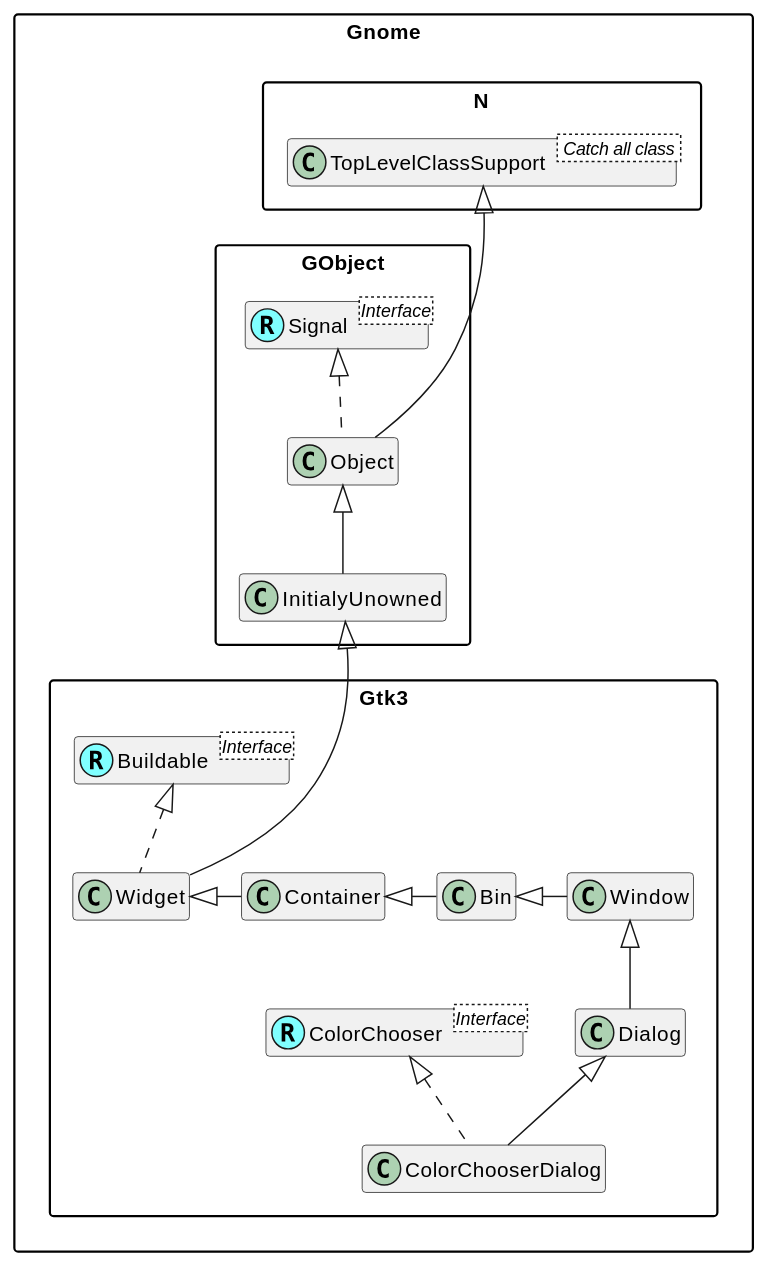
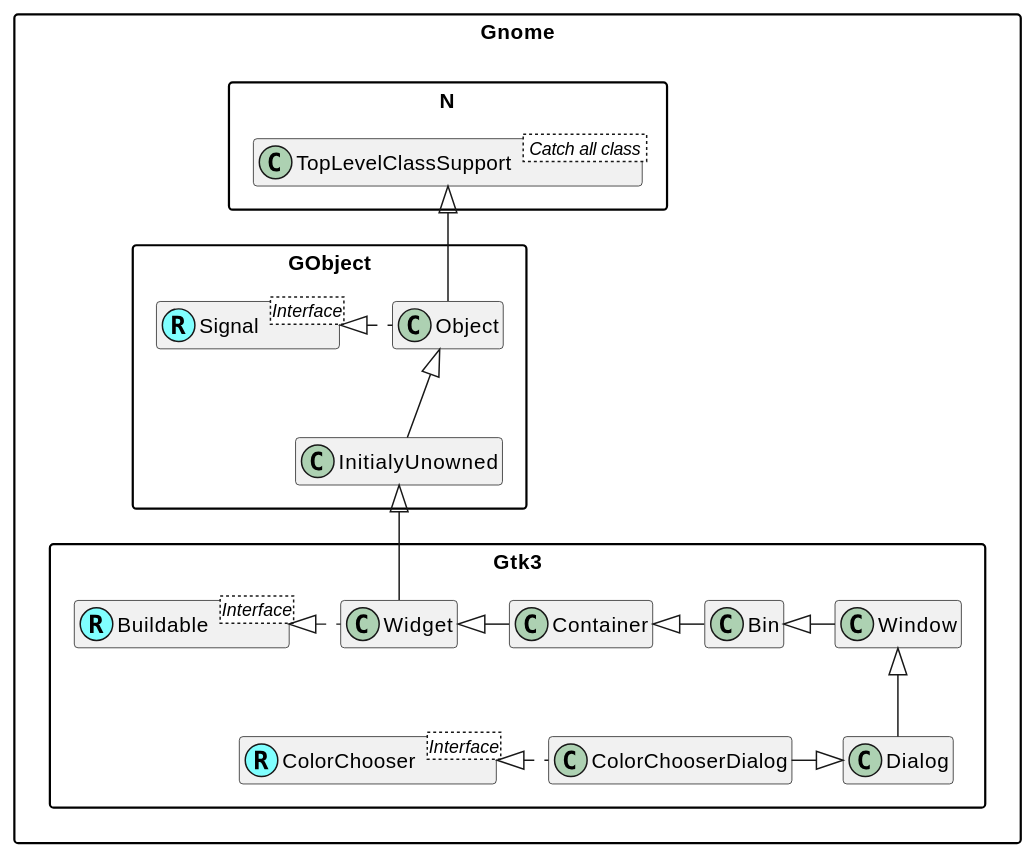
One commit to MARTIMM/gnome-gtk3 changed the diagram in doc/plantuml/ColorChooserDialog.md. Above: the diagram before and after it, drawn with PlantUML. The commit also changed 6 other files, not shown here.

````diff
--- a/doc/plantuml/ColorChooserDialog.md
+++ b/doc/plantuml/ColorChooserDialog.md
@@ -1,54 +1,54 @@
 ```plantuml
 @startuml
 'scale 0.9
 skinparam packageStyle rectangle
 skinparam stereotypeCBackgroundColor #80ffff
 set namespaceSeparator ::
 hide members
 
 'Class and interface decorations
 class Gnome::N::TopLevelClassSupport < Catch all class >
 
 Interface Gnome::GObject::Signal <Interface>
 class Gnome::GObject::Signal <<(R,#80ffff)>>
 
 Interface Gnome::Gtk3::Buildable <Interface>
 class Gnome::Gtk3::Buildable <<(R,#80ffff)>>
 
 Interface Gnome::Gtk3::ColorChooser <Interface>
 class Gnome::Gtk3::ColorChooser <<(R,#80ffff)>>
 'Interface Gnome::Gtk3::AppChooser <Interface>
 
 
 
 'Class connections
-Gnome::N::TopLevelClassSupport <|--- Gnome::GObject::Object
+Gnome::N::TopLevelClassSupport <|-- Gnome::GObject::Object
 Gnome::GObject::Object <|-- Gnome::GObject::InitialyUnowned
 'Gnome::GObject::Object *-> Gnome::GObject::Signal
-Gnome::GObject::Signal <|.. Gnome::GObject::Object
+Gnome::GObject::Signal <|. Gnome::GObject::Object
 
-Gnome::GObject::InitialyUnowned <|--- Gnome::Gtk3::Widget
+Gnome::GObject::InitialyUnowned <|-- Gnome::Gtk3::Widget
 
 Gnome::Gtk3::Widget <|- Gnome::Gtk3::Container
+Gnome::Gtk3::Buildable <|. Gnome::Gtk3::Widget
+
 Gnome::Gtk3::Container <|- Gnome::Gtk3::Bin
 Gnome::Gtk3::Bin <|- Gnome::Gtk3::Window
 Gnome::Gtk3::Window <|-- Gnome::Gtk3::Dialog
 
 'Gnome::Gtk3::Dialog <|-- Gnome::Gtk3::AboutDialog
-Gnome::Gtk3::Dialog <|-- Gnome::Gtk3::ColorChooserDialog
+
+Gnome::Gtk3::ColorChooserDialog -|> Gnome::Gtk3::Dialog
+Gnome::Gtk3::ColorChooser <|. Gnome::Gtk3::ColorChooserDialog
+
 'Gnome::Gtk3::Dialog <|-- Gnome::Gtk3::FileChooserDialog
 'Gnome::Gtk3::Dialog <|-- Gnome::Gtk3::MessageDialog
 'Gnome::Gtk3::Dialog <|-- Gnome::Gtk3::AppChooserDialog
 'Gnome::Gtk3::Dialog <|-- Gnome::Gtk3::FontChooserDialog
 'Gnome::Gtk3::Dialog <|-- Gnome::Gtk3::RecentChooserDialog
 
 
 
 'Interface connections
-Gnome::Gtk3::Buildable <|.. Gnome::Gtk3::Widget
-Gnome::Gtk3::ColorChooser <|.. Gnome::Gtk3::ColorChooserDialog
-
-'Some hidden connections
-'Gnome::GObject <--[hidden]- Gnome::Gtk3
 @enduml
 ```
````
